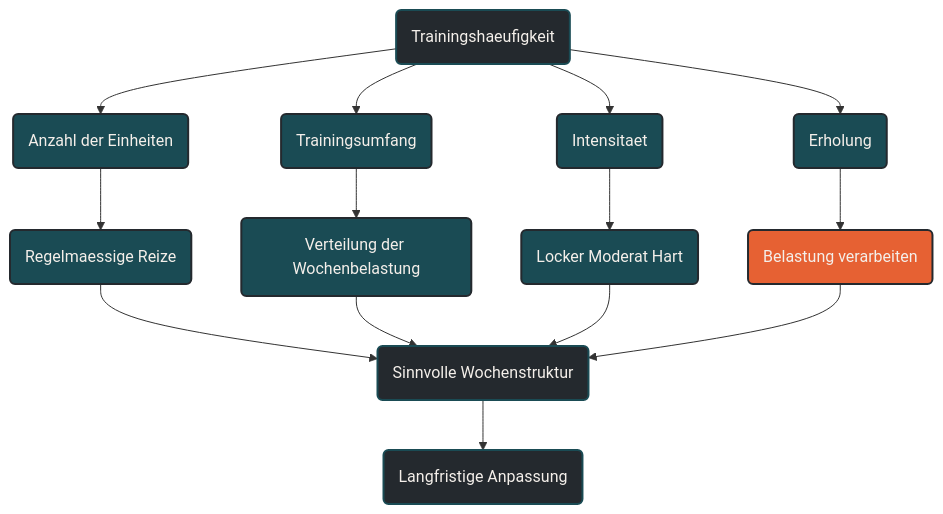
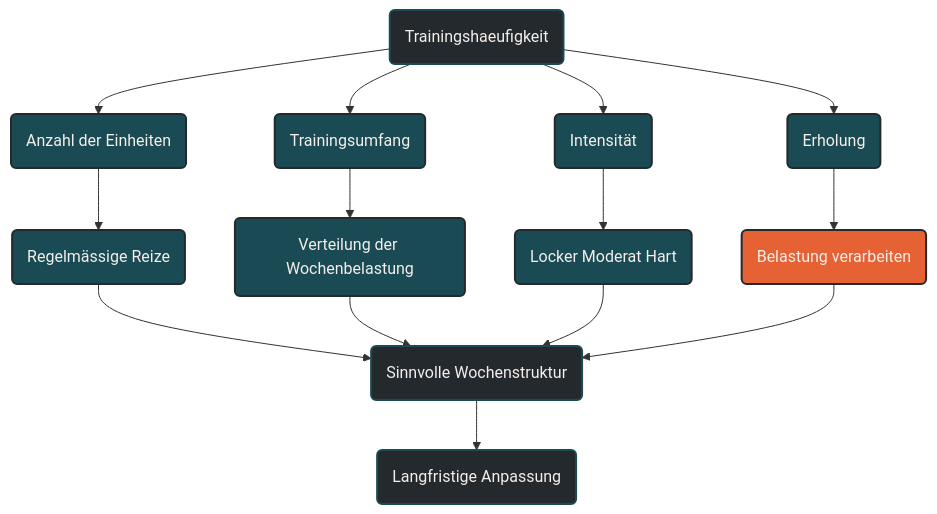
One commit to Quixos40K/ausdauersport-typemill changed the diagram in content/00-ausdauersport/00-trainingswissenschaft/03-trainingsplanung/04-trainingshaeufigkeit.md. Above: the diagram before and after it, drawn with Mermaid.

Commit message:
Fix spelling of 'Intensität' and 'Regelmässige'

````diff
--- a/content/00-ausdauersport/00-trainingswissenschaft/03-trainingsplanung/04-trainingshaeufigkeit.md
+++ b/content/00-ausdauersport/00-trainingswissenschaft/03-trainingsplanung/04-trainingshaeufigkeit.md
@@ -91,36 +91,36 @@
 ```mermaid
 graph TD
     A(Trainingshaeufigkeit) --> B(Anzahl der Einheiten)
     A --> C(Trainingsumfang)
-    A --> D(Intensitaet)
+    A --> D(Intensität)
     A --> E(Erholung)
 
-    B --> F(Regelmaessige Reize)
+    B --> F(Regelmässige Reize)
     C --> G(Verteilung der Wochenbelastung)
     D --> H(Locker Moderat Hart)
     E --> I(Belastung verarbeiten)
 
     F --> J(Sinnvolle Wochenstruktur)
     G --> J
     H --> J
     I --> J
 
     J --> K(Langfristige Anpassung)
 
     classDef default fill:#F4EFEA,stroke:#1A4B54,stroke-width:2px,color:#24292E;
     classDef primary fill:#1A4B54,stroke:#24292E,stroke-width:2px,color:#F4EFEA;
     classDef highlight fill:#E66133,stroke:#24292E,stroke-width:2px,color:#F4EFEA;
     classDef dark fill:#24292E,stroke:#1A4B54,stroke-width:2px,color:#F4EFEA;
 
     class A dark;
     class B primary;
     class C primary;
     class D primary;
     class E primary;
     class F primary;
     class G primary;
     class H primary;
     class I highlight;
     class J dark;
     class K dark;
 ```
````
